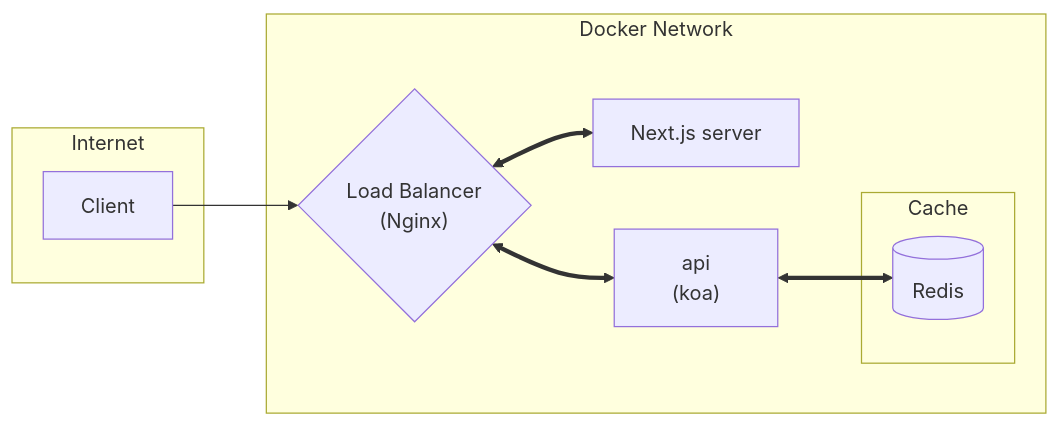
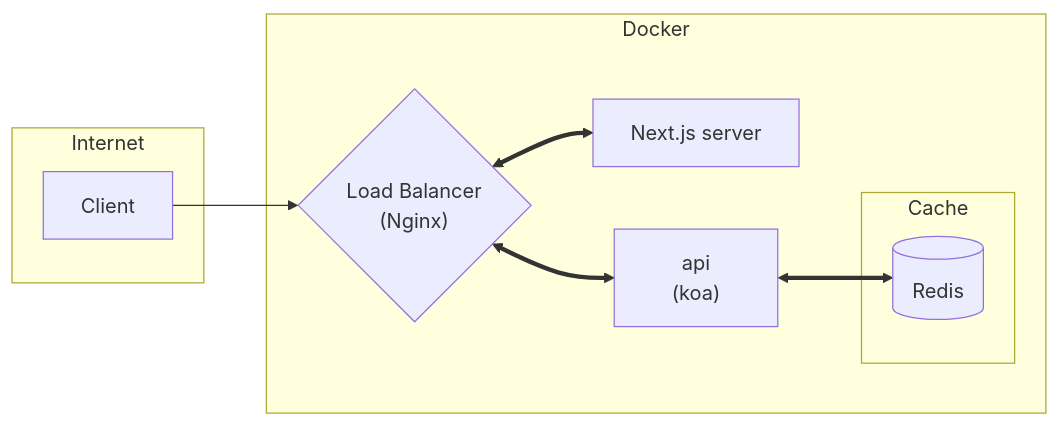
Before and after one commit to Retr0327/gloss-adder-backend: the diagram in README.md, drawn with Mermaid.

````diff
--- a/README.md
+++ b/README.md
@@ -5,22 +5,22 @@
 ```mermaid 
 flowchart LR
 subgraph Internet
     D[Client]
 end
 
-subgraph DOCKER [Docker Network]
+subgraph DOCKER [Docker]
 
   D --> N{"Load Balancer <br/> (Nginx)"}
 
   N <==> B[Next.js server]
   N <==> C["<div style='padding: 0rem 1rem;'>api <br/> (koa) </div>  "]
 
   C <==> R
 
   subgraph Cache
     style Cache margin-top: 100
         R[("<div style='padding: 0rem 0.5rem;'>Redis </div>  ")]
   end
 end
 
 ```
````
